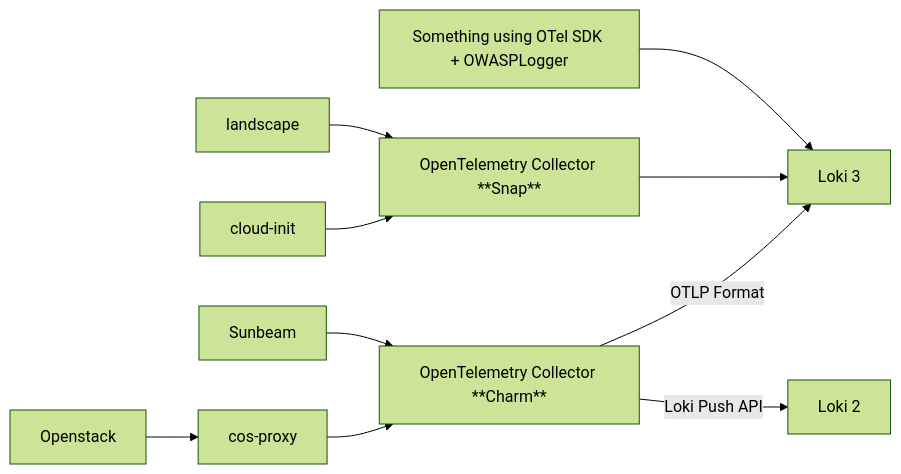
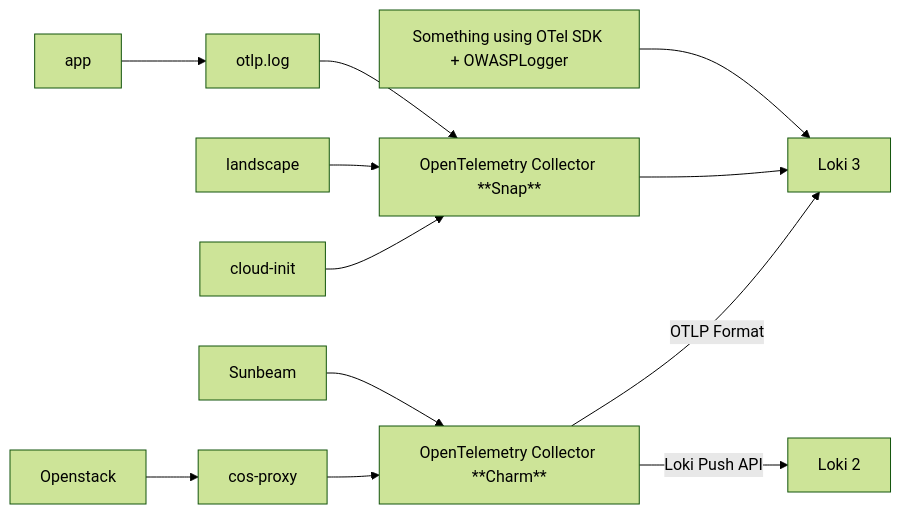
Before and after one commit to lucabello/owasp-logger: the diagram in README.md, drawn with Mermaid (forest theme).

````diff
--- a/README.md
+++ b/README.md
@@ -56,24 +56,26 @@
 ```mermaid
 flowchart LR
     openstack[Openstack]
     sunbeam[Sunbeam]
     landscape
     cloud-init
     something[Something using OTel SDK + OWASPLogger]
     cos-proxy
     otelcol-snap[OpenTelemetry Collector **Snap**]
     otelcol-charm[OpenTelemetry Collector **Charm**]
     loki2[Loki 2]
     loki3[Loki 3]
 
     openstack --> cos-proxy
     sunbeam --> otelcol-charm
+    app --> otlplog["otlp.log"]
+    otlplog --> otelcol-snap
     landscape --> otelcol-snap
     cloud-init --> otelcol-snap
     something --> loki3
 
     cos-proxy --> otelcol-charm
     otelcol-snap --> loki3
     otelcol-charm -->|OTLP Format| loki3
     otelcol-charm -->|Loki Push API| loki2
 ```
````
